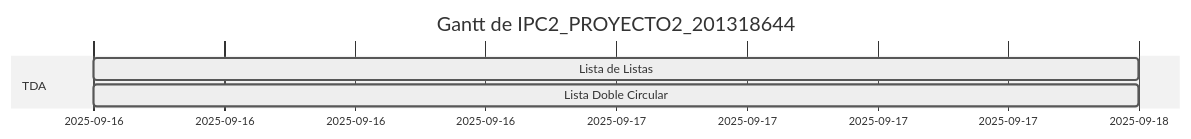
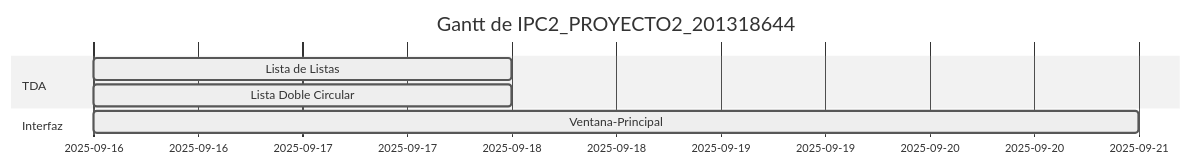
One commit to MynorCifuentes/GuateRiegos-2.0 changed the diagram in docs/gantt.md. Above: the diagram before and after it, drawn with Mermaid (neutral theme).

Commit message:
Actualiza diagrama de Gantt automático

````diff
--- a/docs/gantt.md
+++ b/docs/gantt.md
@@ -1,12 +1,13 @@
 ```mermaid
 gantt
     dateFormat  YYYY-MM-DD
     title Gantt de IPC2_PROYECTO2_201318644
     excludes    weekends
     section TDA
     Lista de Listas :active, 2, 2025-09-16, 2025-09-18
     Lista Doble Circular :active, 1, 2025-09-16, 2025-09-18
     section Interfaz
+    Ventana-Principal :active, 3, 2025-09-16, 2025-09-21
     section Reportes
     section Documentación
 ```
````
